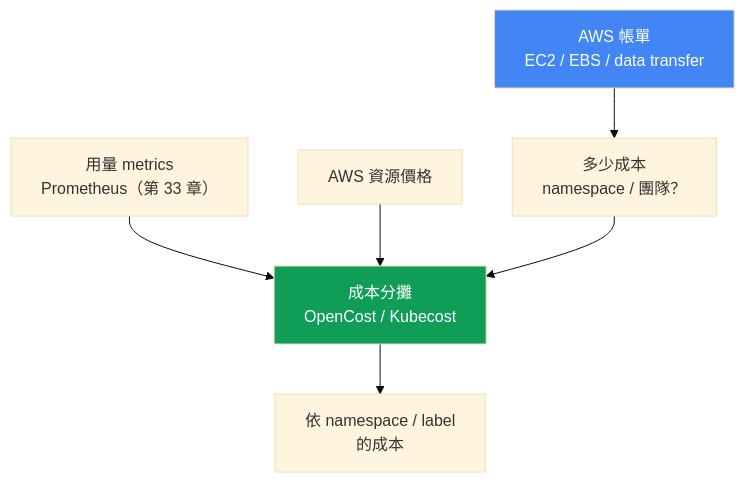
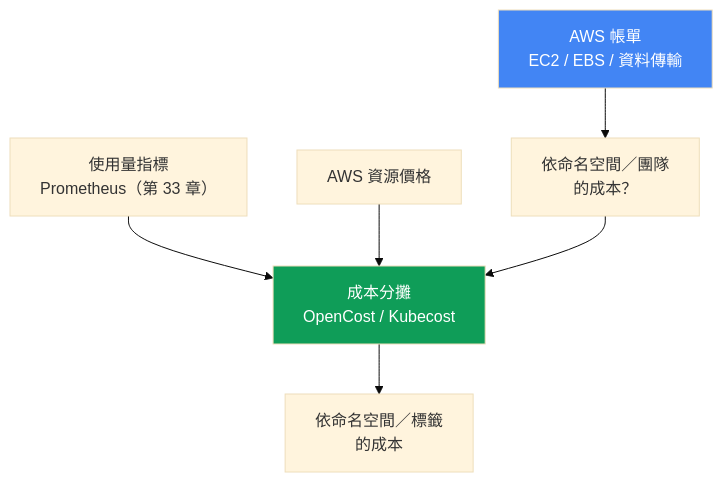
One commit to ViktorUJ/cks changed the first of 2 diagrams in tasks/eks/course/43/tw.md. Above: the diagram before and after it, drawn with Mermaid (base theme). The commit also changed other lines of this file and 534 other files, not shown here.

````diff
--- a/tasks/eks/course/43/tw.md
+++ b/tasks/eks/course/43/tw.md
@@ -34,16 +34,16 @@
 ```mermaid
 flowchart TB
-    bill["AWS 帳單<br/>EC2 / EBS / data transfer"]
-    q["多少成本<br/>namespace / 團隊？"]
-    metrics["用量 metrics<br/>Prometheus（第 33 章）"]
+    bill["AWS 帳單<br/>EC2 / EBS / 資料傳輸"]
+    q["依命名空間／團隊<br/>的成本？"]
+    metrics["使用量指標<br/>Prometheus（第 33 章）"]
     price["AWS 資源價格"]
     alloc["成本分攤<br/>OpenCost / Kubecost"]
-    ns["依 namespace / label<br/>的成本"]
+    ns["依命名空間／標籤<br/>的成本"]
     bill --> q
     metrics --> alloc
     price --> alloc
     alloc --> ns
     q --> alloc
     style bill fill:#4285f4,color:#fff
     style alloc fill:#0f9d58,color:#fff
 ```
````
